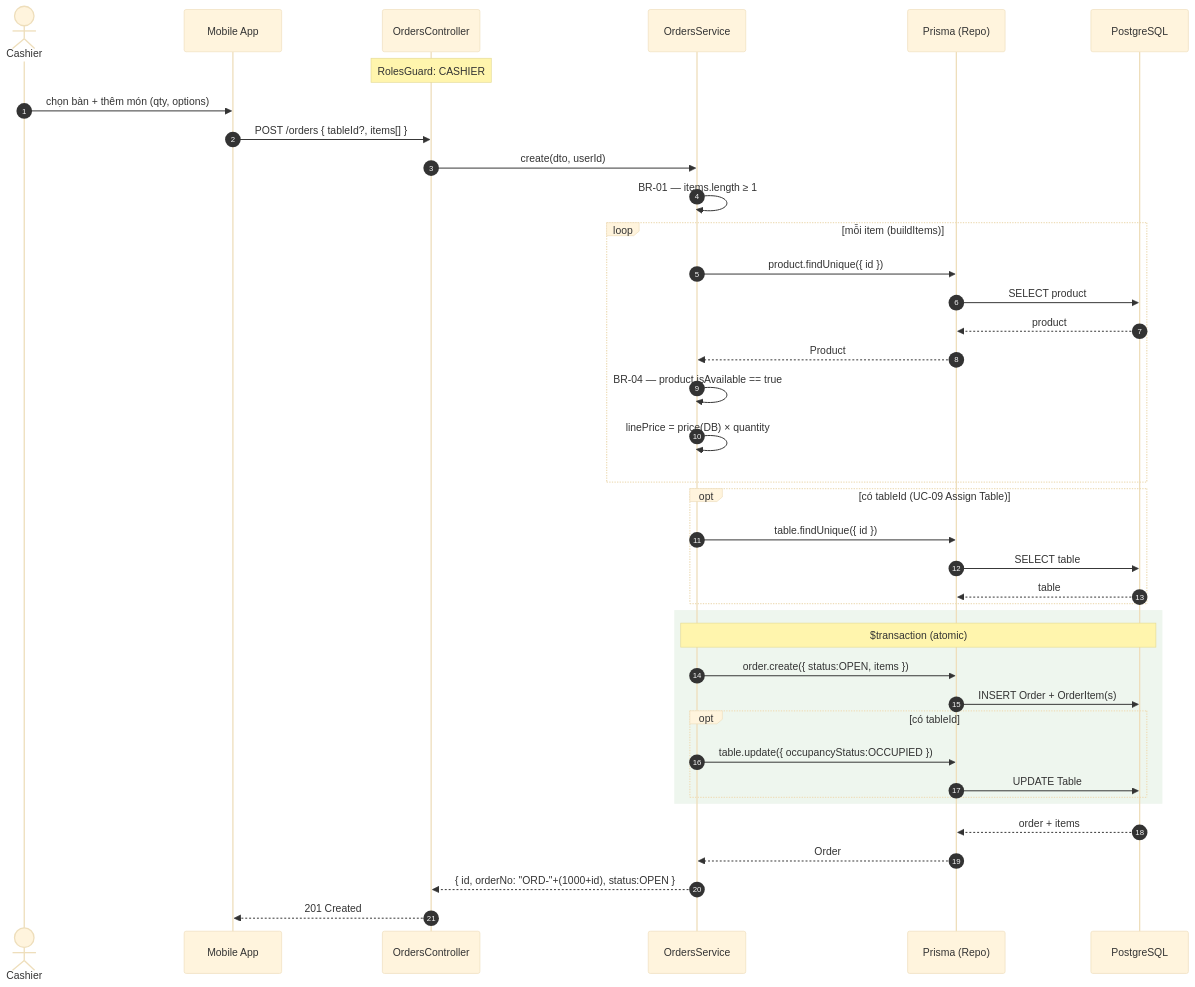
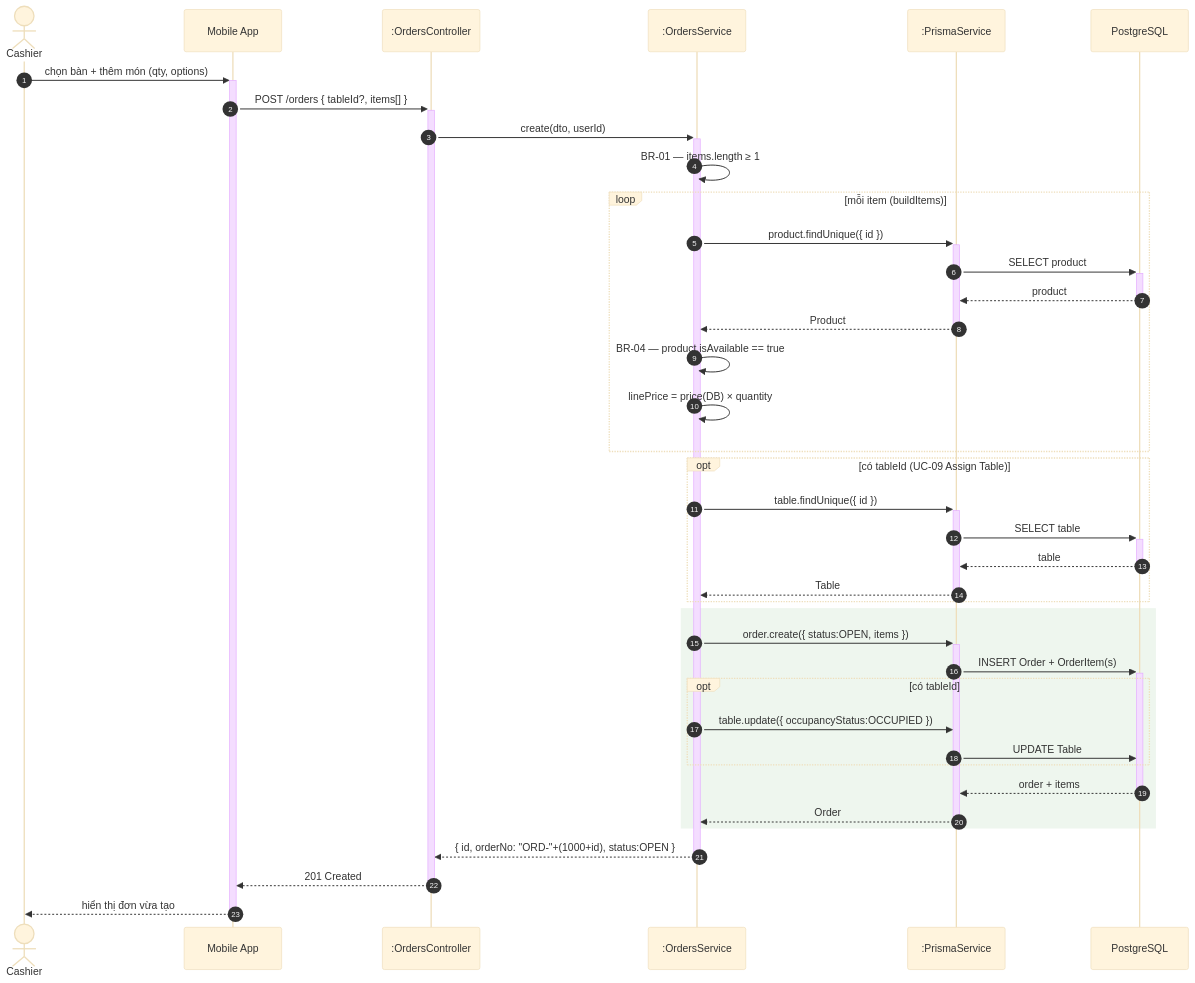
One commit to callmehai/Cafe-Shop-Management-System changed the third of 16 diagrams in docs/sequence-diagrams.md. Above: the diagram before and after it, drawn with Mermaid (base theme). The commit also changed other lines of this file and 1 other file, not shown here.

Commit message:
docs: add sequence and class diagrams for system architecture and use case implementation

````diff
--- a/docs/sequence-diagrams.md
+++ b/docs/sequence-diagrams.md
@@ -154,46 +158,45 @@
 ```mermaid
 sequenceDiagram
     autonumber
     actor C as Cashier
     participant App as Mobile App
-    participant API as OrdersController
-    participant SVC as OrdersService
-    participant ORM as Prisma (Repo)
+    participant API as :OrdersController
+    participant SVC as :OrdersService
+    participant ORM as :PrismaService
     participant DB as PostgreSQL
 
-    Note over API: RolesGuard: CASHIER
-
-    C->>App: chọn bàn + thêm món (qty, options)
-    App->>API: POST /orders { tableId?, items[] }
-    API->>SVC: create(dto, userId)
+    C->>+App: chọn bàn + thêm món (qty, options)
+    App->>+API: POST /orders { tableId?, items[] }
+    API->>+SVC: create(dto, userId)
 
     SVC->>SVC: BR-01 — items.length ≥ 1
     loop mỗi item (buildItems)
-        SVC->>ORM: product.findUnique({ id })
-        ORM->>DB: SELECT product
-        DB-->>ORM: product
-        ORM-->>SVC: Product
+        SVC->>+ORM: product.findUnique({ id })
+        ORM->>+DB: SELECT product
+        DB-->>-ORM: product
+        ORM-->>-SVC: Product
         SVC->>SVC: BR-04 — product.isAvailable == true
         SVC->>SVC: linePrice = price(DB) × quantity
     end
 
     opt có tableId (UC-09 Assign Table)
-        SVC->>ORM: table.findUnique({ id })
-        ORM->>DB: SELECT table
-        DB-->>ORM: table
+        SVC->>+ORM: table.findUnique({ id })
+        ORM->>+DB: SELECT table
+        DB-->>-ORM: table
+        ORM-->>-SVC: Table
     end
 
     rect rgb(238,246,238)
-        Note over SVC,DB: $transaction (atomic)
-        SVC->>ORM: order.create({ status:OPEN, items })
-        ORM->>DB: INSERT Order + OrderItem(s)
+        SVC->>+ORM: order.create({ status:OPEN, items })
+        ORM->>+DB: INSERT Order + OrderItem(s)
         opt có tableId
             SVC->>ORM: table.update({ occupancyStatus:OCCUPIED })
             ORM->>DB: UPDATE Table
         end
+        DB-->>-ORM: order + items
+        ORM-->>-SVC: Order
     end
-    DB-->>ORM: order + items
-    ORM-->>SVC: Order
-    SVC-->>API: { id, orderNo: "ORD-"+(1000+id), status:OPEN }
-    API-->>App: 201 Created
+    SVC-->>-API: { id, orderNo: "ORD-"+(1000+id), status:OPEN }
+    API-->>-App: 201 Created
+    App-->>-C: hiển thị đơn vừa tạo
 ```
````
